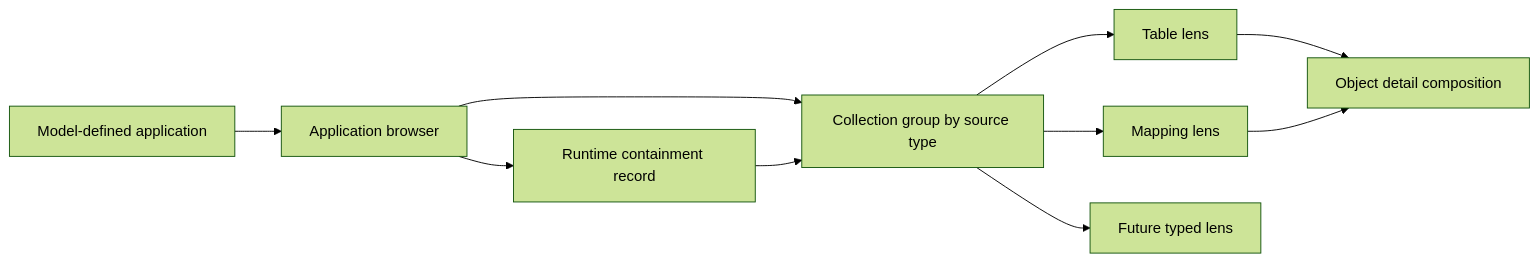
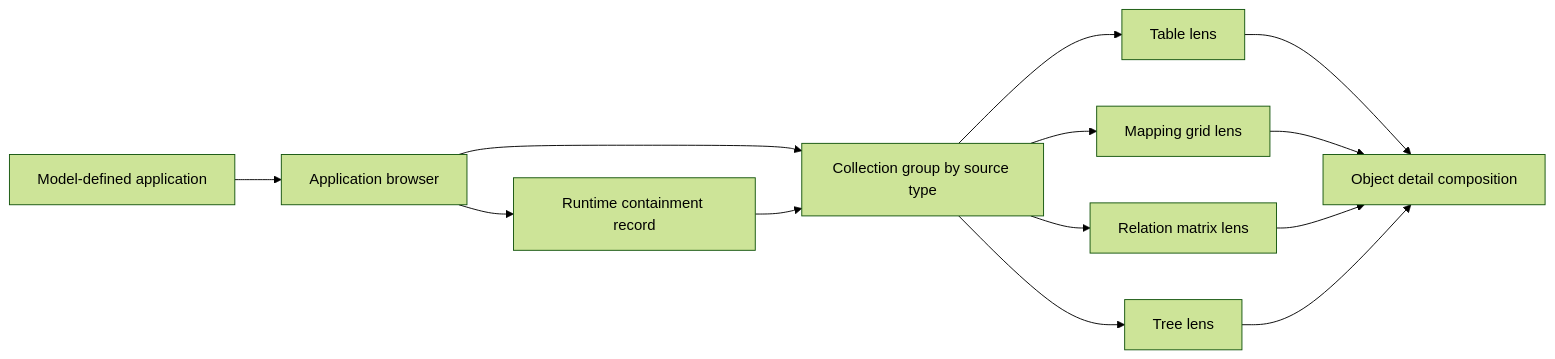
One commit to refiroo/refiroo changed the second of 2 diagrams in docs/ARCHITECTURE.md. Above: the diagram before and after it, drawn with Mermaid (forest theme). The commit also changed other lines of this file and 32 other files, not shown here.

````diff
--- a/docs/ARCHITECTURE.md
+++ b/docs/ARCHITECTURE.md
@@ -453,12 +412,15 @@
 ```mermaid
 flowchart LR
     A["Model-defined application"] --> B["Application browser"]
     B --> C["Collection group by source type"]
     B --> D["Runtime containment record"]
     D --> C
     C --> E["Table lens"]
-    C --> F["Mapping lens"]
-    C --> G["Future typed lens"]
+    C --> F["Mapping grid lens"]
+    C --> G["Relation matrix lens"]
+    C --> T["Tree lens"]
     E --> H["Object detail composition"]
     F --> H
+    G --> H
+    T --> H
 ```
````
